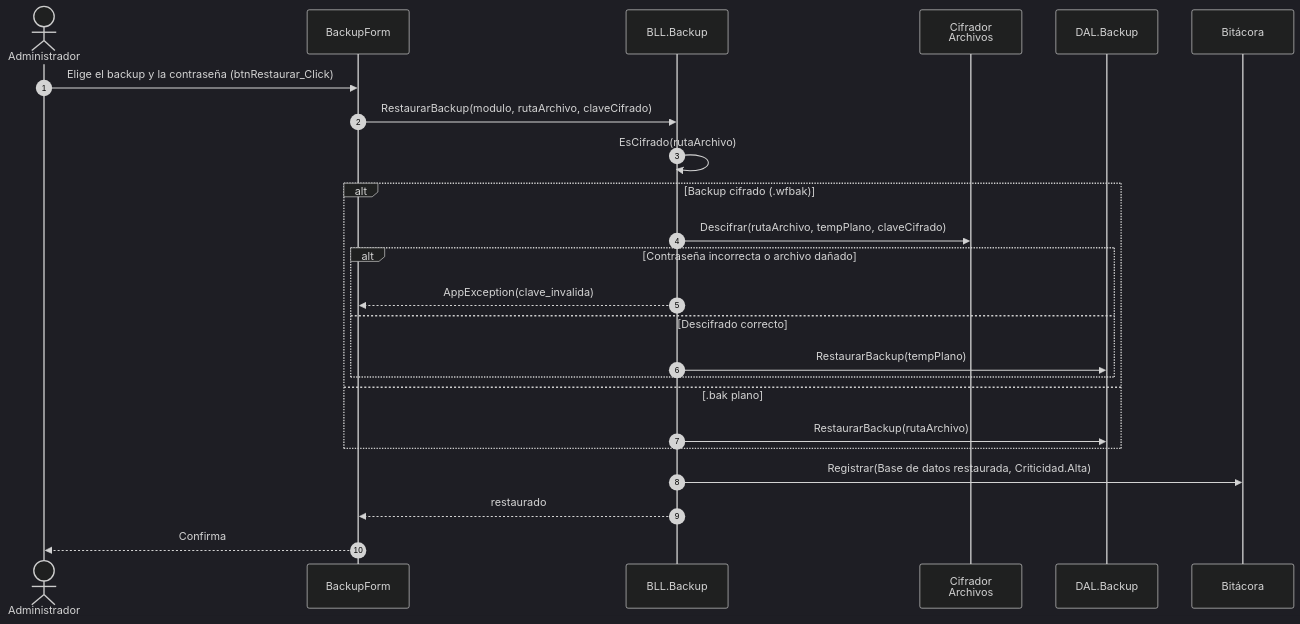
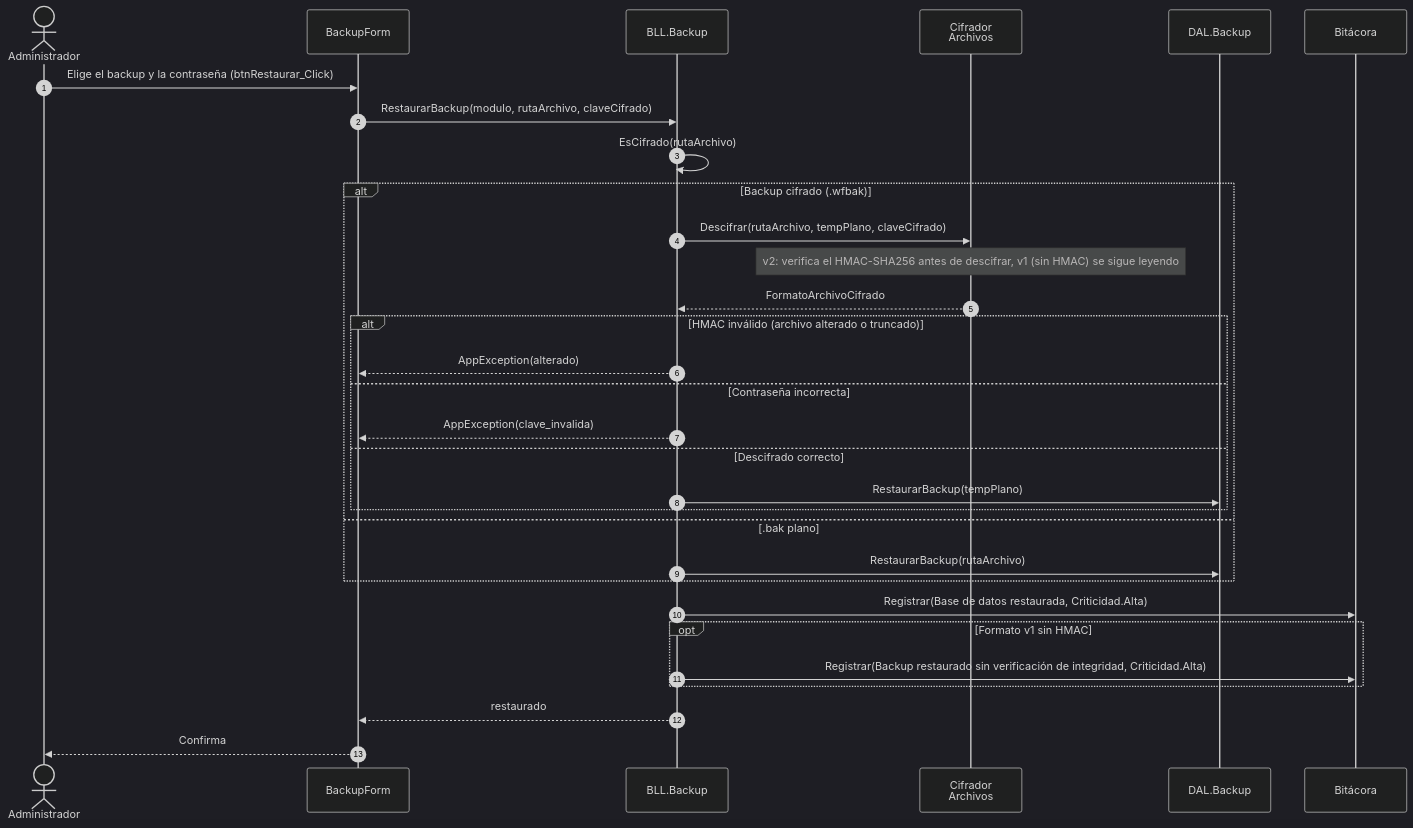
Before and after one commit to valentinamorana/Trabajo-de-Diploma: the diagram in docs/diagramas/mermaid/DSS_T08_RestaurarBackup.mmd, drawn with Mermaid (dark theme). The commit also changed 20 other files, not shown here.

```diff
--- a/docs/diagramas/mermaid/DSS_T08_RestaurarBackup.mmd
+++ b/docs/diagramas/mermaid/DSS_T08_RestaurarBackup.mmd
@@ -1,24 +1,31 @@
 sequenceDiagram
   autonumber
   actor A as Administrador
   participant F as BackupForm
   participant B as BLL.Backup
   participant K as Cifrador<br/>Archivos
   participant D as DAL.Backup
   participant L as Bitácora
   A->>F: Elige el backup y la contraseña (btnRestaurar_Click)
   F->>B: RestaurarBackup(modulo, rutaArchivo, claveCifrado)
   B->>B: EsCifrado(rutaArchivo)
   alt Backup cifrado (.wfbak)
     B->>K: Descifrar(rutaArchivo, tempPlano, claveCifrado)
-    alt Contraseña incorrecta o archivo dañado
+    Note over K: v2: verifica el HMAC-SHA256 antes de descifrar, v1 (sin HMAC) se sigue leyendo
+    K-->>B: FormatoArchivoCifrado
+    alt HMAC inválido (archivo alterado o truncado)
+      B-->>F: AppException(alterado)
+    else Contraseña incorrecta
       B-->>F: AppException(clave_invalida)
     else Descifrado correcto
       B->>D: RestaurarBackup(tempPlano)
     end
   else .bak plano
     B->>D: RestaurarBackup(rutaArchivo)
   end
   B->>L: Registrar(Base de datos restaurada, Criticidad.Alta)
+  opt Formato v1 sin HMAC
+    B->>L: Registrar(Backup restaurado sin verificación de integridad, Criticidad.Alta)
+  end
   B-->>F: restaurado
   F-->>A: Confirma
```
